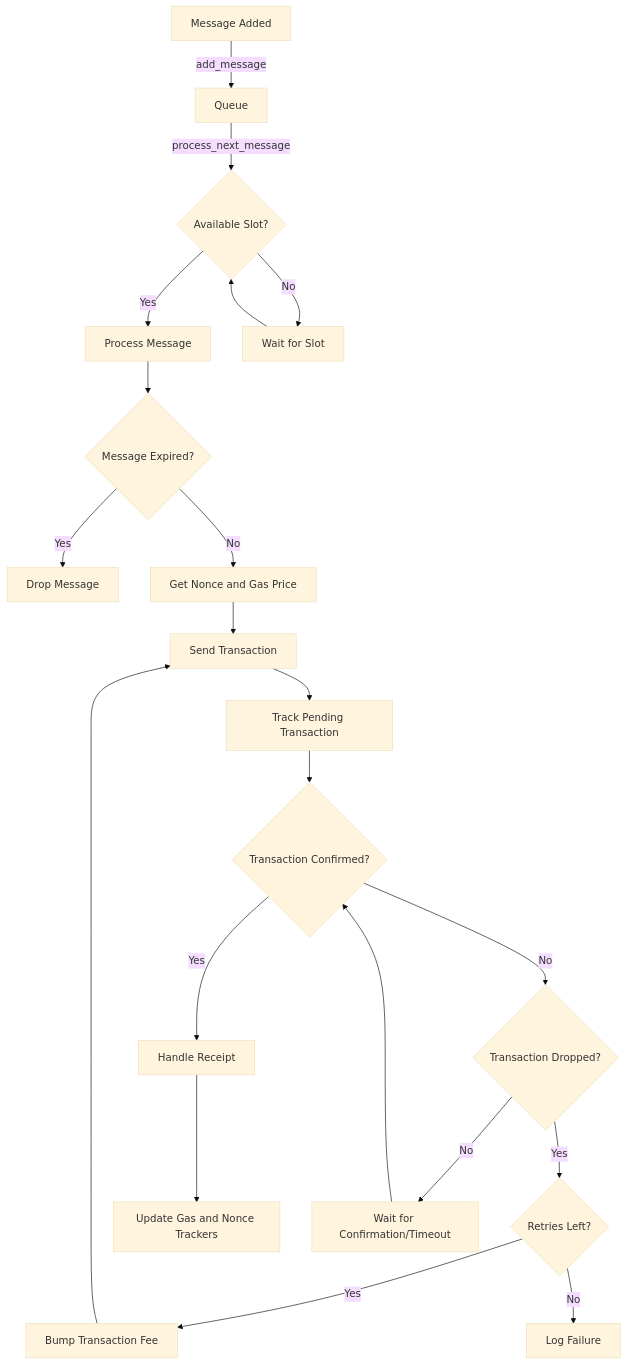
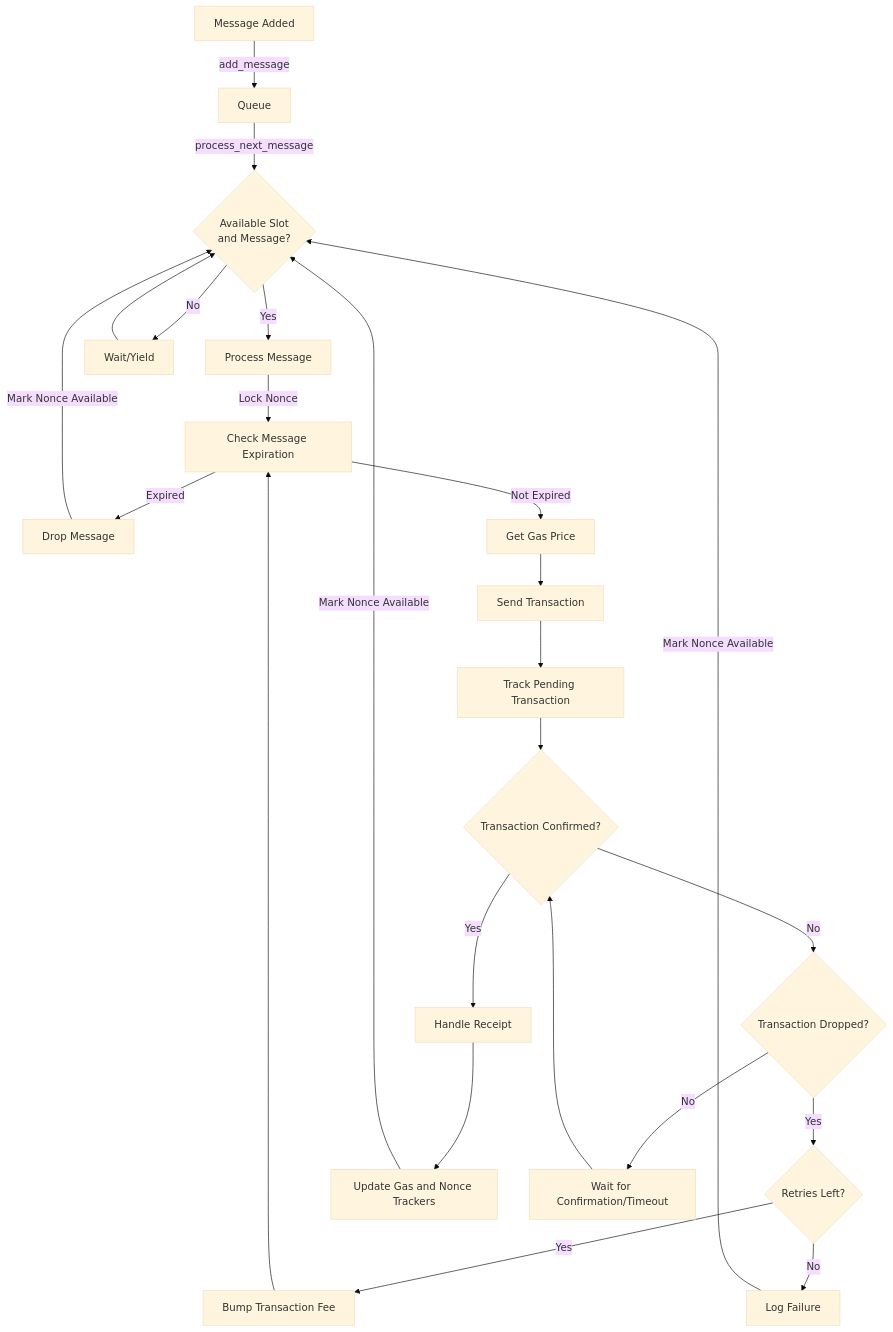
The diagram in docs/diagrams.md (cairoeth/bulkmail), drawn with Mermaid (base theme) before and after one commit.

Commit message:
docs: Update diagram.

````diff
--- a/docs/diagrams.md
+++ b/docs/diagrams.md
@@ -3,23 +3,26 @@
 ```mermaid
 graph TD
     A[Message Added] -->|add_message| B[Queue]
-    B -->|process_next_message| C{Available Slot?}
+    B -->|process_next_message| C{"Available Slot\nand Message?"}
     C -->|Yes| D[Process Message]
-    C -->|No| E[Wait for Slot]
+    C -->|No| E[Wait/Yield]
     E --> C
-    D --> F{Message Expired?}
-    F -->|Yes| G[Drop Message]
-    F -->|No| H[Get Nonce and Gas Price]
+    D -->|Lock Nonce| F[Check Message Expiration]
+    F -->|Expired| G[Drop Message]
+    G -->|Mark Nonce Available| C
+    F -->|Not Expired| H[Get Gas Price]
     H --> I[Send Transaction]
     I --> J[Track Pending Transaction]
     J --> K{Transaction Confirmed?}
     K -->|Yes| L[Handle Receipt]
     K -->|No| M{Transaction Dropped?}
     M -->|Yes| N{Retries Left?}
     N -->|Yes| O[Bump Transaction Fee]
-    O --> I
+    O --> F
     N -->|No| P[Log Failure]
+    P -->|Mark Nonce Available| C
     L --> Q[Update Gas and Nonce Trackers]
+    Q -->|Mark Nonce Available| C
     M -->|No| R[Wait for Confirmation/Timeout]
     R --> K
 ```
````
